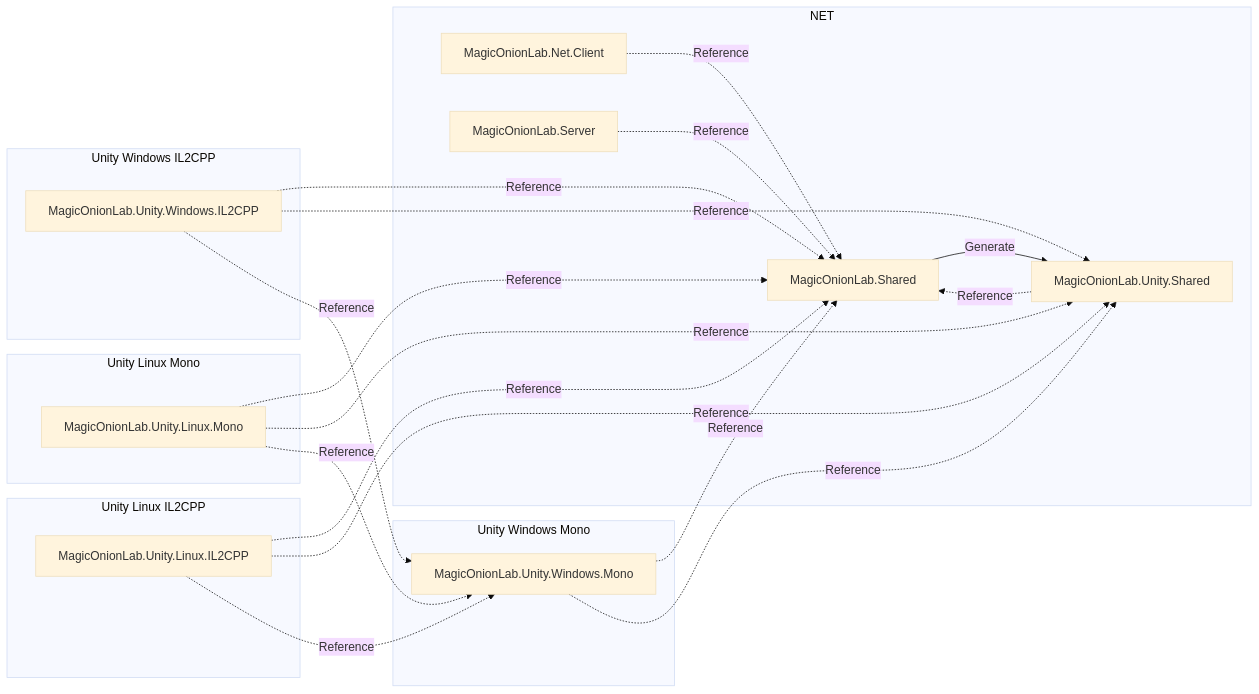
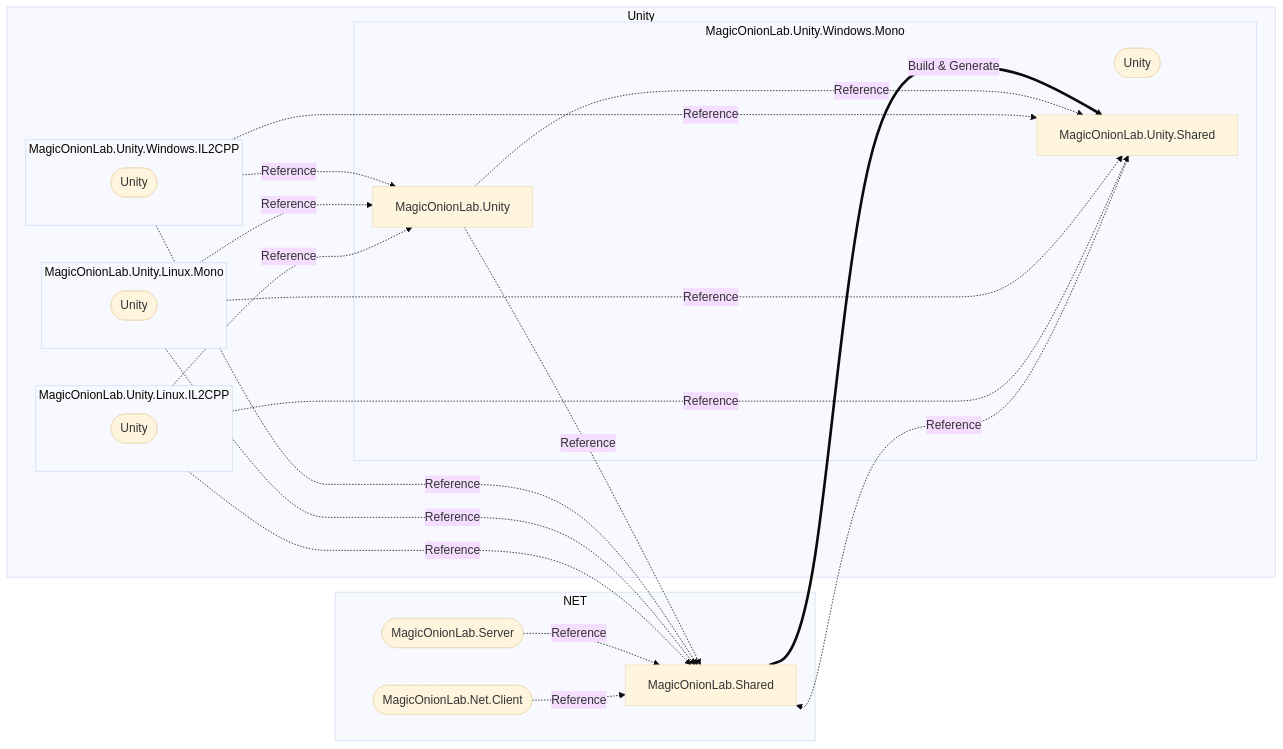
The diagram in README.md (guitarrapc/MagicOnion-lab), drawn with Mermaid (base theme) before and after one commit. The commit also changed 63 other files, not shown here.

Commit message:
refactor: Move MagicOnionLab.Unity.Shared to Unity Windows Mono

````diff
--- a/README.md
+++ b/README.md
@@ -39,44 +39,37 @@
 ```mermaid
 flowchart LR
 
   subgraph NET
-    Client["MagicOnionLab.Net.Client"]
-    Server["MagicOnionLab.Server"]
+    Client(["MagicOnionLab.Net.Client"])
+    Server(["MagicOnionLab.Server"])
     Shared["MagicOnionLab.Shared"]
-    UnityShared["MagicOnionLab.Unity.Shared"]
   end
 
-  subgraph Unity Windows Mono
-    UnityWindowsMono["MagicOnionLab.Unity.Windows.Mono"]
-  end
-  subgraph Unity Windows IL2CPP
-    UnityWindowsIl2cpp["MagicOnionLab.Unity.Windows.IL2CPP"]
-  end
-  subgraph Unity Linux Mono
-    UnityLinuxMono["MagicOnionLab.Unity.Linux.Mono"]
-  end
-  subgraph Unity Linux IL2CPP
-    UnityLinuxIl2cpp["MagicOnionLab.Unity.Linux.IL2CPP"]
+  subgraph Unity
+    subgraph UnityWinM[MagicOnionLab.Unity.Windows.Mono]
+      UnityWindowsMono(["Unity"])
+      MagicOnionLabUnity["MagicOnionLab.Unity"]
+      UnityShared["MagicOnionLab.Unity.Shared"]
+    end
+    subgraph UnityWinI[MagicOnionLab.Unity.Windows.IL2CPP]
+      UnityWindowsIl2cpp(["Unity"])
+    end
+    subgraph UnityLinM[MagicOnionLab.Unity.Linux.Mono]
+      UnityLinuxMono(["Unity"])
+    end
+    subgraph UnityLinI[MagicOnionLab.Unity.Linux.IL2CPP]
+      UnityLinuxIl2cpp(["Unity"])
+    end
   end
 
   Server -.Reference.-> Shared
   Client -.Reference.-> Shared
-  Shared --Generate--> UnityShared
+  Shared ==Build & Generate===> UnityShared
 
-  UnityShared -.Reference.-> Shared
+  UnityShared -.Reference..-> Shared
 
-  UnityWindowsMono -.Reference.-> Shared
-  UnityWindowsMono -.Reference.-> UnityShared
+  MagicOnionLabUnity -.Reference.-> Shared
+  MagicOnionLabUnity -.Reference.-> UnityShared
 
-  UnityWindowsIl2cpp -.Reference.-> Shared
-  UnityWindowsIl2cpp -.Reference.-> UnityShared
-  UnityWindowsIl2cpp -.Reference.-> UnityWindowsMono
-
-  UnityLinuxMono -.Reference.-> Shared
-  UnityLinuxMono -.Reference.-> UnityShared
-  UnityLinuxMono -.Reference.-> UnityWindowsMono
-
-  UnityLinuxIl2cpp -.Reference.-> Shared
-  UnityLinuxIl2cpp -.Reference.-> UnityShared
-  UnityLinuxIl2cpp -.Reference.-> UnityWindowsMono
+  UnityWinI & UnityLinM & UnityLinI -.Reference.-> Shared & UnityShared & MagicOnionLabUnity
 ```
````
